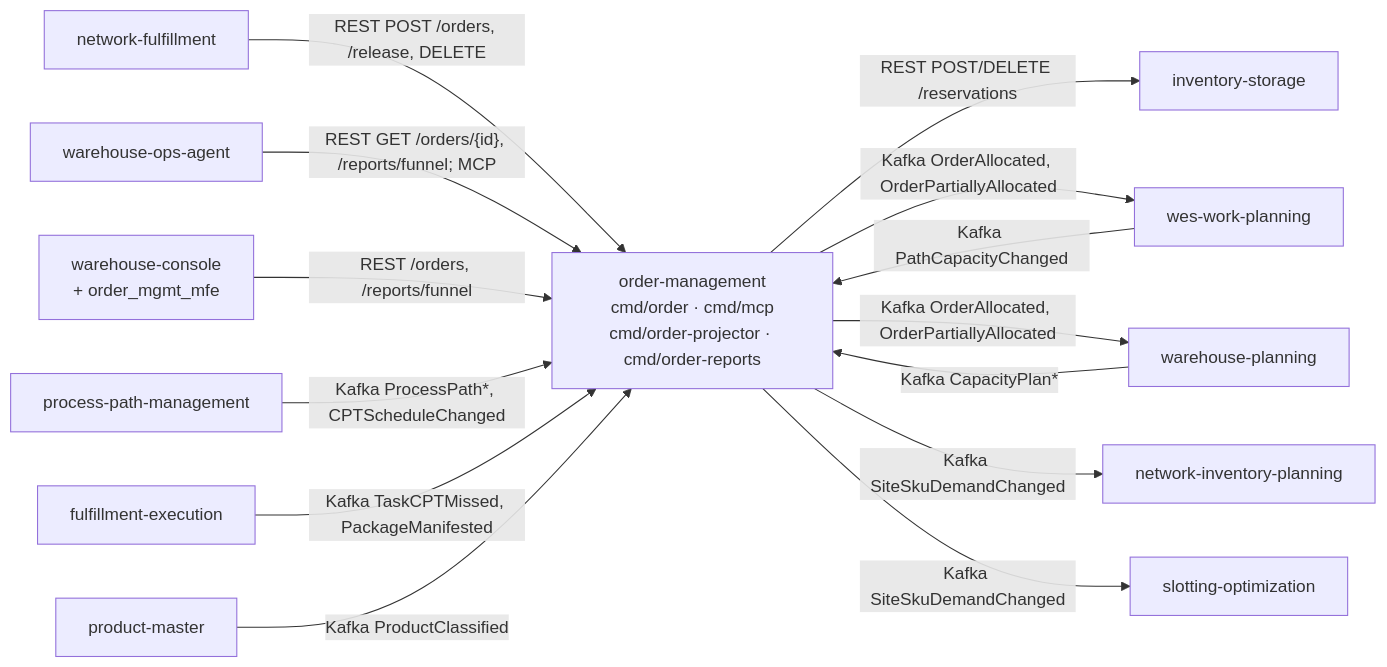
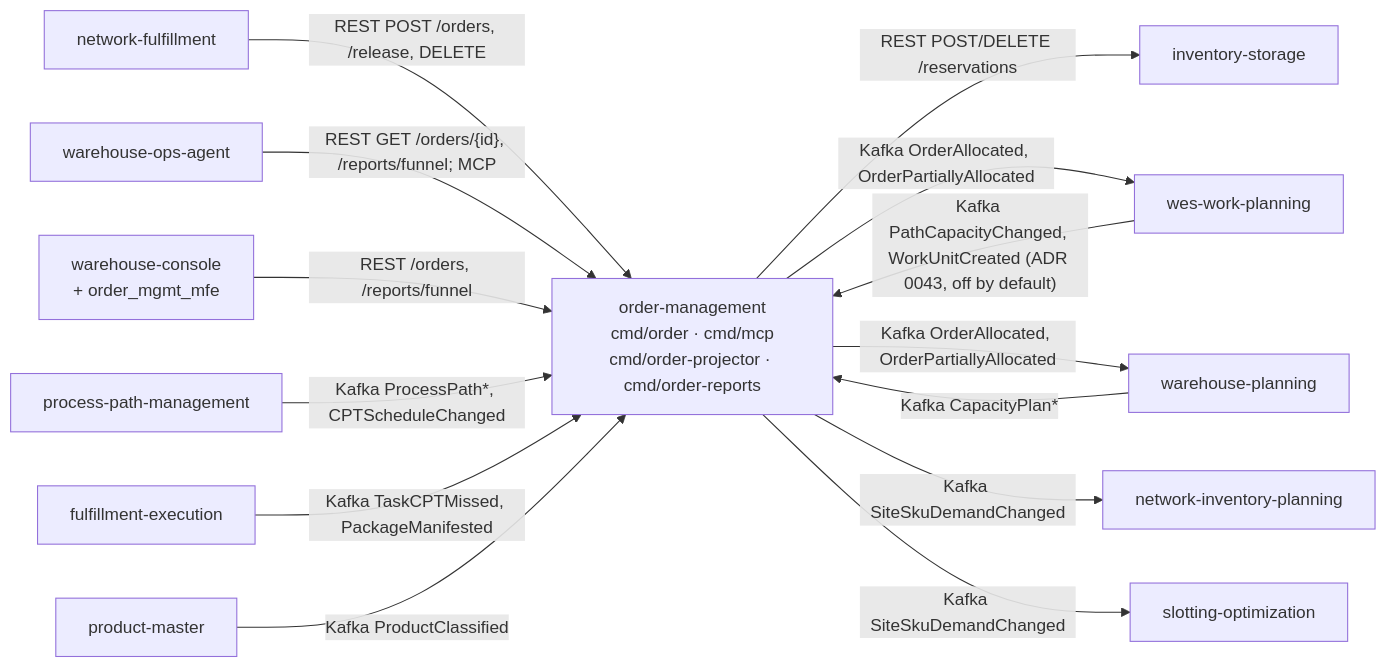
Before and after one commit to IQVO/order-management: the diagram in docs/docs/ecosystem/integration.md, drawn with Mermaid. The commit also changed other lines of this file and 22 other files, not shown here.

````diff
--- a/docs/docs/ecosystem/integration.md
+++ b/docs/docs/ecosystem/integration.md
@@ -19,29 +19,29 @@
 ```mermaid
 flowchart LR
   NF["network-fulfillment"]
   OPS["warehouse-ops-agent"]
   CON["warehouse-console<br/>+ order_mgmt_mfe"]
   OM["order-management<br/>cmd/order · cmd/mcp<br/>cmd/order-projector · cmd/order-reports"]
   INV["inventory-storage"]
   PPM["process-path-management"]
   WP["wes-work-planning"]
   FE["fulfillment-execution"]
   WPL["warehouse-planning"]
   PM["product-master"]
   NIP["network-inventory-planning"]
   SO["slotting-optimization"]
 
   NF -- "REST POST /orders, /release, DELETE" --> OM
   OPS -- "REST GET /orders/{id}, /reports/funnel; MCP" --> OM
   CON -- "REST /orders, /reports/funnel" --> OM
   OM -- "REST POST/DELETE /reservations" --> INV
   PPM -- "Kafka ProcessPath*, CPTScheduleChanged" --> OM
-  WP -- "Kafka PathCapacityChanged" --> OM
+  WP -- "Kafka PathCapacityChanged, WorkUnitCreated (ADR 0043, off by default)" --> OM
   FE -- "Kafka TaskCPTMissed, PackageManifested" --> OM
   WPL -- "Kafka CapacityPlan*" --> OM
   PM -- "Kafka ProductClassified" --> OM
   OM -- "Kafka OrderAllocated, OrderPartiallyAllocated" --> WP
   OM -- "Kafka OrderAllocated, OrderPartiallyAllocated" --> WPL
   OM -- "Kafka SiteSkuDemandChanged" --> NIP
   OM -- "Kafka SiteSkuDemandChanged" --> SO
 ```
````
